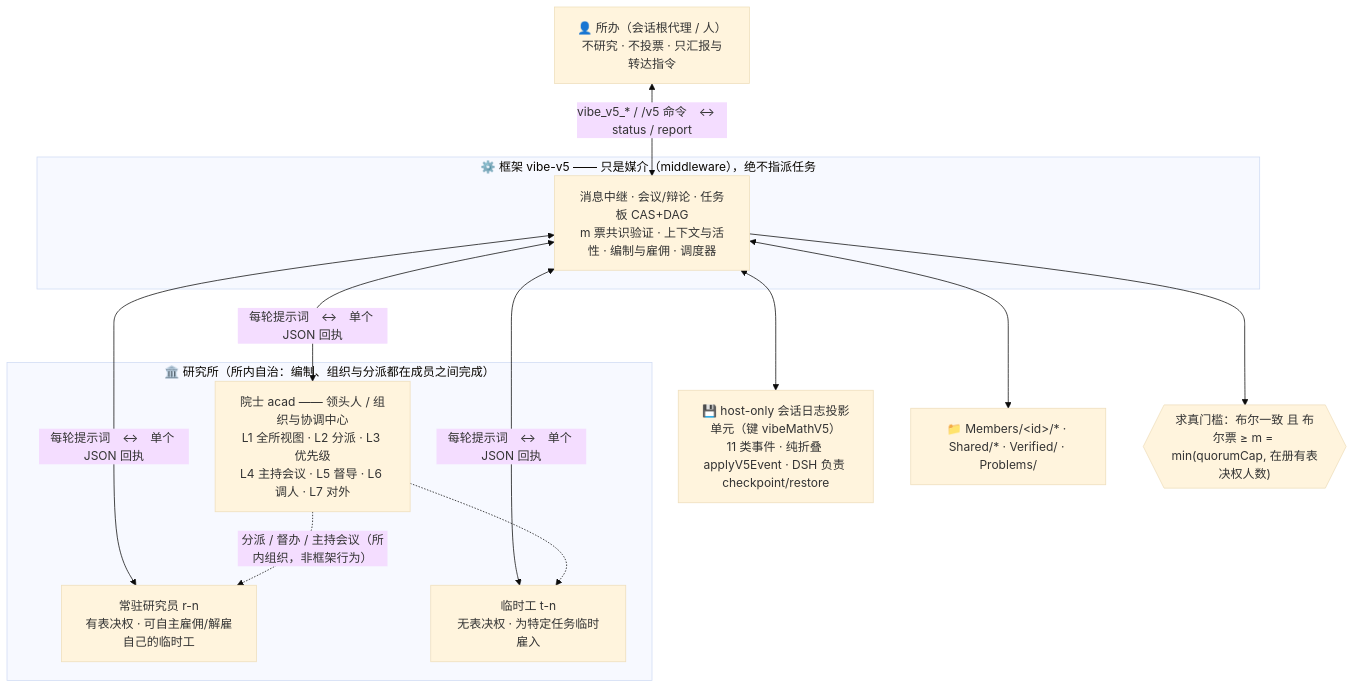
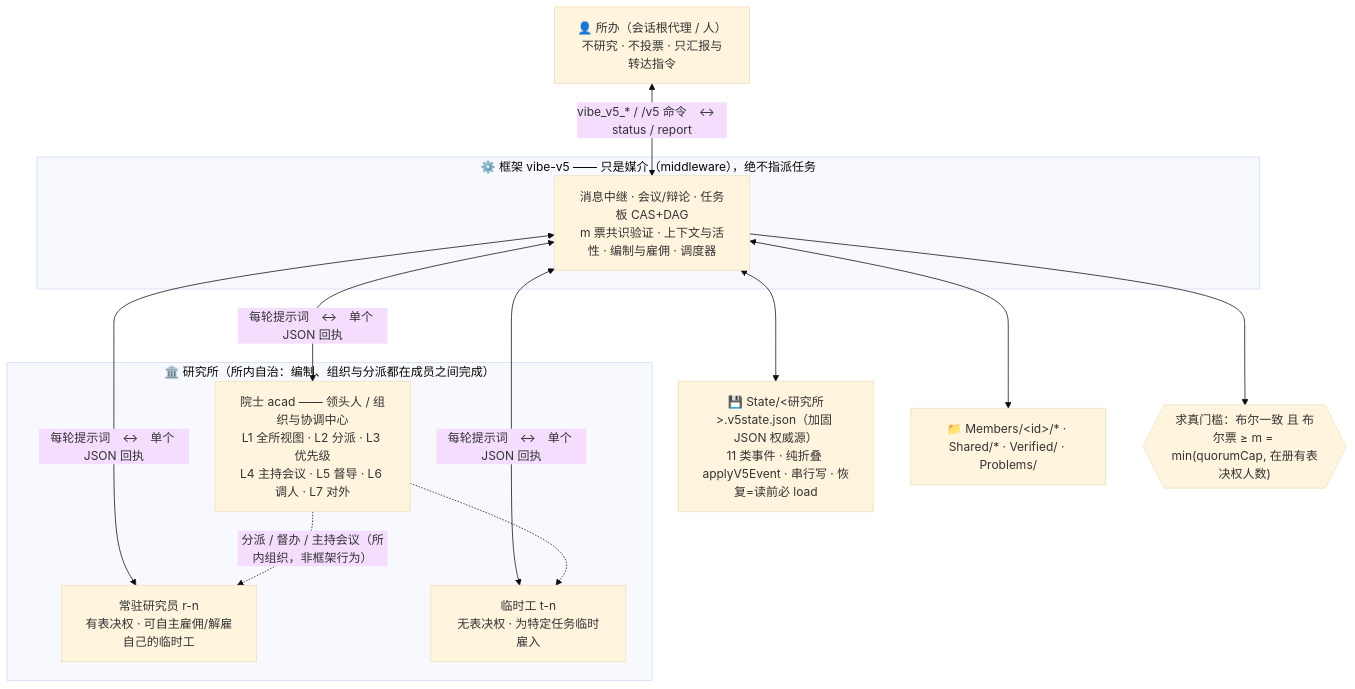
Before and after one commit to ChongCyrus/Vibe-Mathematics: the diagram in README.md, drawn with Mermaid (base theme). The commit also changed other lines of this file and 34 other files, not shown here.

````diff
--- a/README.md
+++ b/README.md
@@ -71,24 +71,24 @@
 ```mermaid
 flowchart TB
     OFF["👤 所办（会话根代理 / 人）<br/>不研究 · 不投票 · 只汇报与转达指令"]
     subgraph INST["🏛️ 研究所（所内自治：编制、组织与分派都在成员之间完成）"]
         ACAD["院士 acad —— 领头人 / 组织与协调中心<br/>L1 全所视图 · L2 分派 · L3 优先级<br/>L4 主持会议 · L5 督导 · L6 调人 · L7 对外"]
         RES["常驻研究员 r-n<br/>有表决权 · 可自主雇佣/解雇自己的临时工"]
         TMP["临时工 t-n<br/>无表决权 · 为特定任务临时雇入"]
     end
     subgraph FW["⚙️ 框架 vibe-v5 —— 只是媒介（middleware），绝不指派任务"]
         M["消息中继 · 会议/辩论 · 任务板 CAS+DAG<br/>m 票共识验证 · 上下文与活性 · 编制与雇佣 · 调度器"]
     end
-    PROJ["💾 host-only 会话日志投影单元（键 vibeMathV5）<br/>11 类事件 · 纯折叠 applyV5Event · DSH 负责 checkpoint/restore"]
+    PROJ["💾 State/&lt;研究所&gt;.v5state.json（加固 JSON 权威源）<br/>11 类事件 · 纯折叠 applyV5Event · 串行写 · 恢复=读前必 load"]
     FS["📁 Members/&lt;id&gt;/* · Shared/* · Verified/ · Problems/"]
     RULE{{"求真门槛：布尔一致 且 布尔票 ≥ m = min(quorumCap, 在册有表决权人数)"}}
     OFF <-->|"vibe_v5_* / /v5 命令　↔　status / report"| M
     M <-->|"每轮提示词　↔　单个 JSON 回执"| ACAD
     M <-->|"每轮提示词　↔　单个 JSON 回执"| RES
     M <-->|"每轮提示词　↔　单个 JSON 回执"| TMP
     ACAD -.->|"分派 / 督办 / 主持会议（所内组织，非框架行为）"| RES
     ACAD -.-> TMP
     M <--> PROJ
     M <--> FS
     M --> RULE
 ```
````
